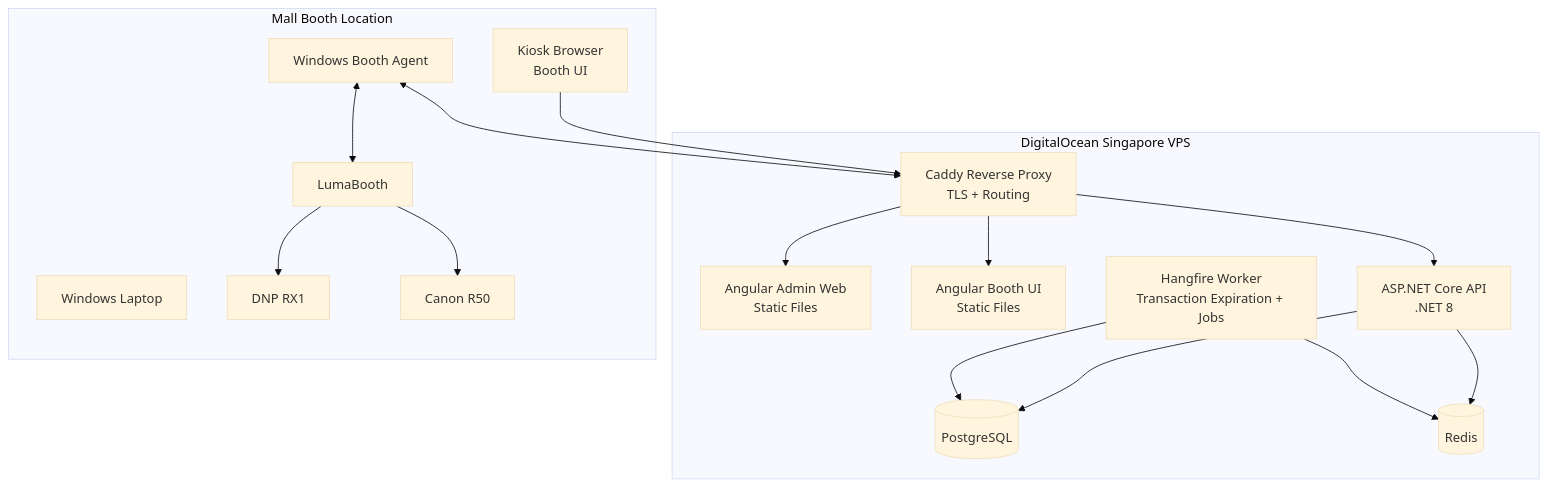
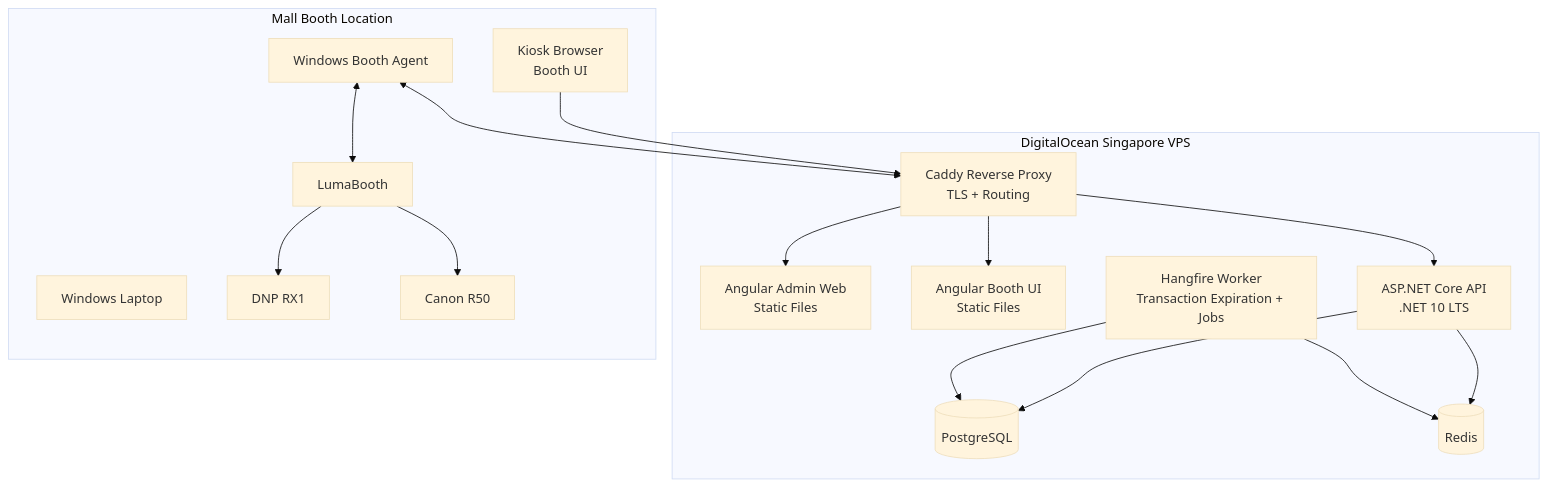
The ninth of 9 diagrams in docs/ARCHITECTURE.md (quinjan/PhotoBIZ), drawn with Mermaid (base theme) before and after one commit. The commit also changed other lines of this file and 73 other files, not shown here.

````diff
--- a/docs/ARCHITECTURE.md
+++ b/docs/ARCHITECTURE.md
@@ -583,34 +583,34 @@
 ```mermaid
 flowchart TB
   subgraph VPS["DigitalOcean Singapore VPS"]
     Proxy["Caddy Reverse Proxy<br/>TLS + Routing"]
     Admin["Angular Admin Web<br/>Static Files"]
     Booth["Angular Booth UI<br/>Static Files"]
-    API["ASP.NET Core API<br/>.NET 8"]
+    API["ASP.NET Core API<br/>.NET 10 LTS"]
     Worker["Hangfire Worker<br/>Transaction Expiration + Jobs"]
     DB[("PostgreSQL")]
     Redis[("Redis")]
   end
 
   subgraph Mall["Mall Booth Location"]
     Laptop["Windows Laptop"]
     Agent["Windows Booth Agent"]
     Browser["Kiosk Browser<br/>Booth UI"]
     Luma["LumaBooth"]
     Printer["DNP RX1"]
     Camera["Canon R50"]
   end
 
   Proxy --> Admin
   Proxy --> Booth
   Proxy --> API
   API --> DB
   API --> Redis
   Worker --> DB
   Worker --> Redis
   Browser --> Proxy
   Agent <--> Proxy
   Agent <--> Luma
   Luma --> Printer
   Luma --> Camera
 ```
````
